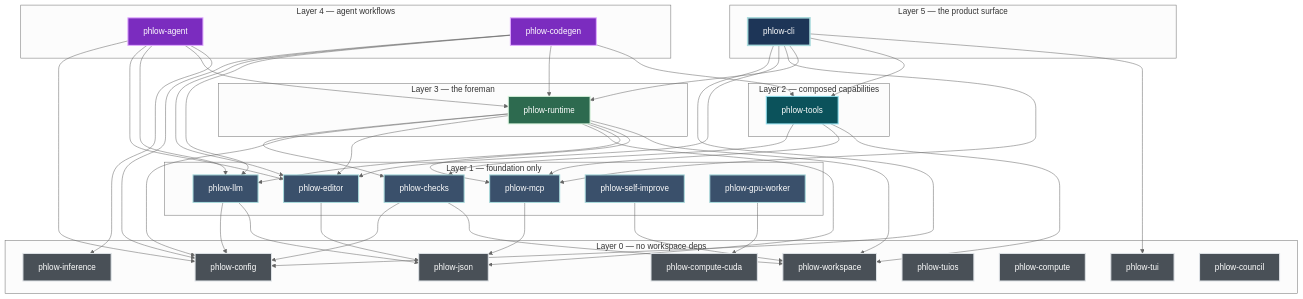
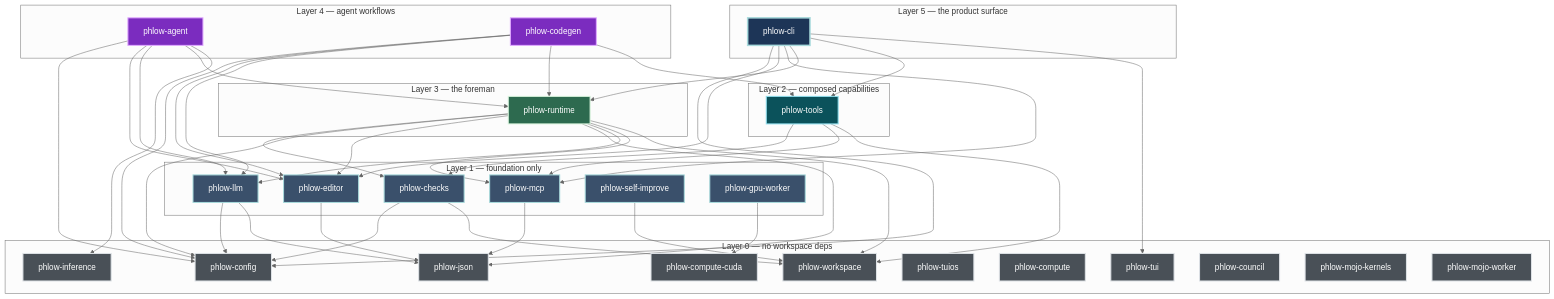
Before and after one commit to qompassai/phlow: the second of 5 diagrams in docs/ARCHITECTURE.md, drawn with Mermaid (neutral theme). The commit also changed other lines of this file and 21 other files, not shown here.

First line of the commit message:
Experimental Mojo worker support: phlow-mojo-kernels + phlow-mojo-worker

```diff
--- a/docs/ARCHITECTURE.md
+++ b/docs/ARCHITECTURE.md
@@ -160,6 +161,8 @@
         cmp["phlow-compute"]
         cda["phlow-compute-cuda"]
         cnc["phlow-council"]
+        mkj["phlow-mojo-kernels"]
+        mwr["phlow-mojo-worker"]
     end
 
     subgraph L1["Layer 1 — foundation only"]
@@ -227,7 +230,7 @@
     cli --> tls
     cli --> tui
 
-    class cfg,jsn,wsp,inf,tui,tio,cmp,cda,cnc l0
+    class cfg,jsn,wsp,inf,tui,tio,cmp,cda,cnc,mkj,mwr l0
     class chk,llm,mcp,edt,sim,gpw l1
     class tls l2
     class rt l3
```
